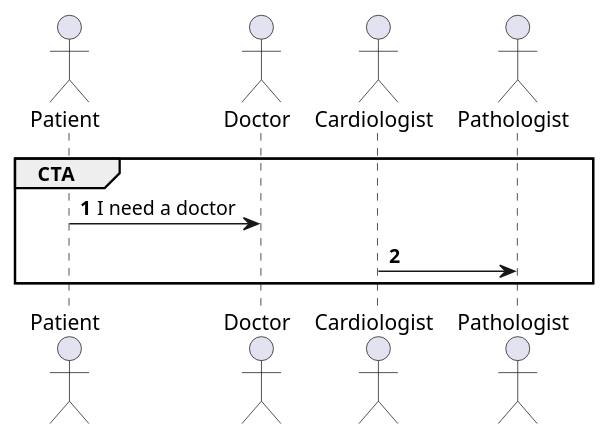
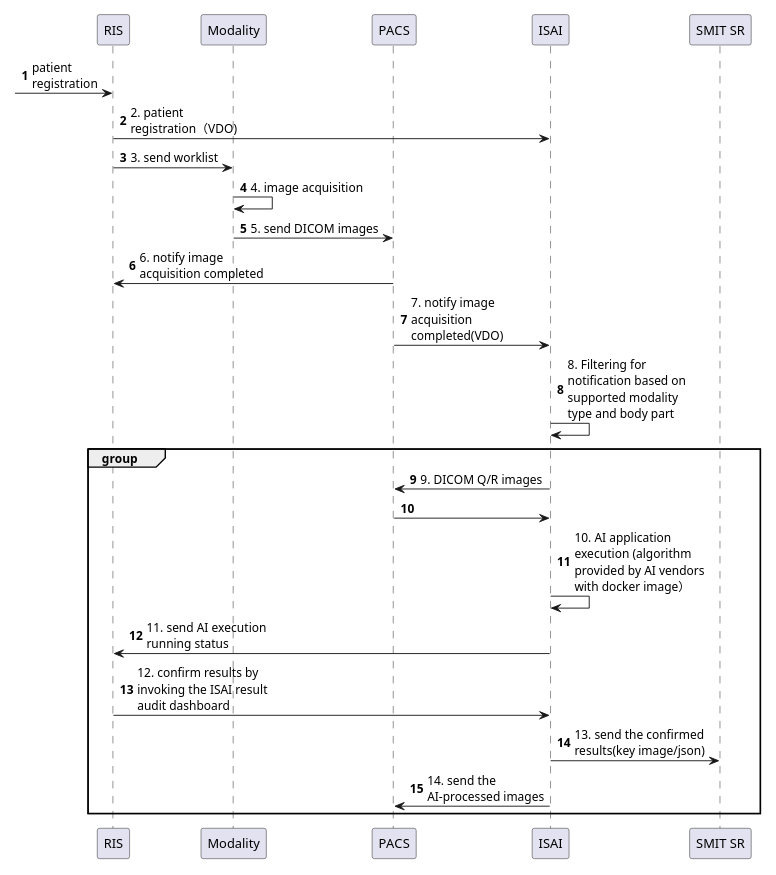
The diagram in images-source/ISAI/ISAI-flow.puml (xmiao/AI.interoperability), drawn with PlantUML before and after one commit.

```diff
--- a/images-source/ISAI/ISAI-flow.puml
+++ b/images-source/ISAI/ISAI-flow.puml
@@ -1,38 +1,62 @@
 @startuml
 'https://plantuml.com/sequence-diagram
 
+skinparam maxMessageSize 150
+scale 500 width
 autonumber
 
 actor "Patient" as patient
 actor "Doctor" as doctor
 actor "Nurse" as nurse
 actor "Pharmacist" as pharmacist
 actor "Radiologist" as radiologist
 actor "X-Ray Technician" as xraytechnician
 actor "Cardiologist" as cardiologist
 actor "Surgeon" as surgeon
 actor "Anesthesiologist" as anesthesiologist
 actor "Pathologist" as pathologist
 actor "Psychiatrist" as psychiatrist
 actor "Third Party" as thirdparty
 actor "AI algorithm" as ai
 
 participant RIS as RIS
 participant PACS as PACS
 participant EMR as EMR
 participant ISAI as ISAI
 
+participant "RIS" as R
+participant "Modality" as M
+participant "PACS" as P
+participant "ISAI" as I
+participant "SMIT SR" as S
+
 
 hide @unlinked
 
-group CTA
+'group CTA
+'patient -> doctor: I need a doctor
+'cardiologist -> pathologist:
+'end
 
-patient -> doctor: I need a doctor
-cardiologist -> pathologist:
+ -> R: patient\nregistration
+R -> I: 2. patient registration（VDO)
+R -> M: 3. send worklist
+M -> M: 4. image acquisition
+M -> P: 5. send DICOM images
+P -> R: 6. notify image acquisition completed
+P -> I: 7. notify image acquisition completed(VDO)
 
+I -> I: 8. Filtering for notification based on supported modality type and body part
+
+group
+    P <- I: 9. DICOM Q/R images
+    P -> I:
+    I -> I: 10. AI application execution (algorithm provided by AI vendors with docker image）
+    I -> R: 11. send AI execution running status
+    R -> I: 12. confirm results by invoking the ISAI result audit dashboard
+    I -> S: 13. send the confirmed results(key image/json)
+    I -> P: 14. send the AI-processed images
 end
 
 
-
-
 @enduml
```
